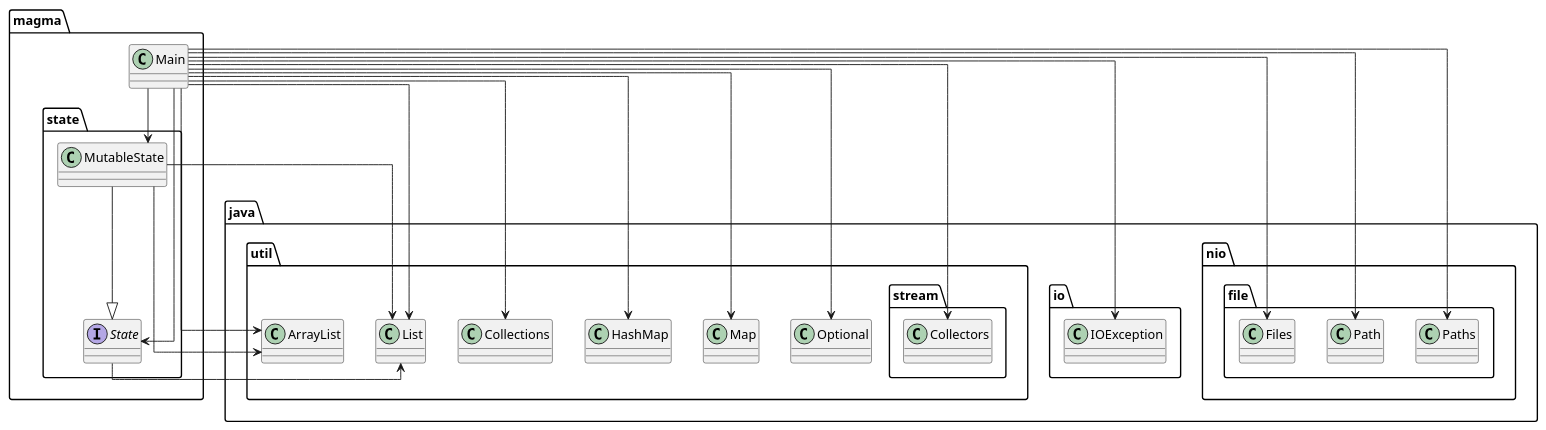
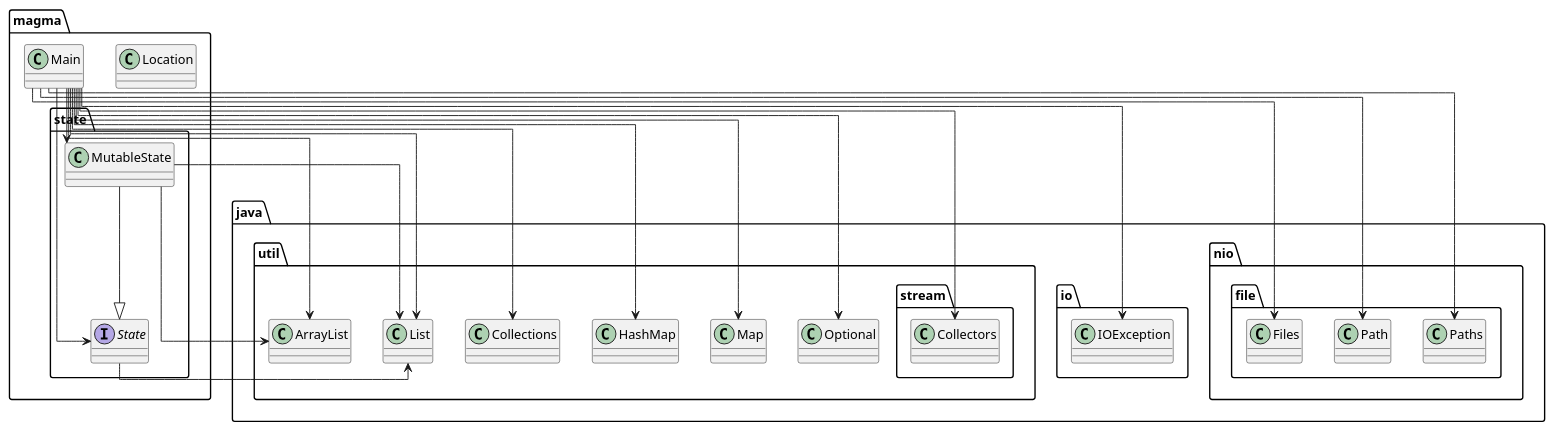
One commit to SirMathhman/Magma changed the diagram in diagram.puml. Above: the diagram before and after it, drawn with PlantUML. The commit also changed 2 other files, not shown here.

```diff
--- a/diagram.puml
+++ b/diagram.puml
@@ -1,23 +1,24 @@
 @startuml
 skinparam linetype ortho
 magma.state.MutableState --> java.util.ArrayList
 magma.state.MutableState --> java.util.List
-class magma.state.MutableState 
-magma.state.MutableState  --|> magma.state.State
+class magma.state.MutableState
+magma.state.MutableState --|> magma.state.State
+class magma.Location
 magma.Main --> magma.state.MutableState
 magma.Main --> magma.state.State
 magma.Main --> java.io.IOException
 magma.Main --> java.nio.file.Files
 magma.Main --> java.nio.file.Path
 magma.Main --> java.nio.file.Paths
 magma.Main --> java.util.ArrayList
 magma.Main --> java.util.Collections
 magma.Main --> java.util.HashMap
 magma.Main --> java.util.List
 magma.Main --> java.util.Map
 magma.Main --> java.util.Optional
 magma.Main --> java.util.stream.Collectors
-class magma.Main 
+class magma.Main
 magma.state.State --> java.util.List
-interface magma.state.State 
+interface magma.state.State
 @enduml
```
